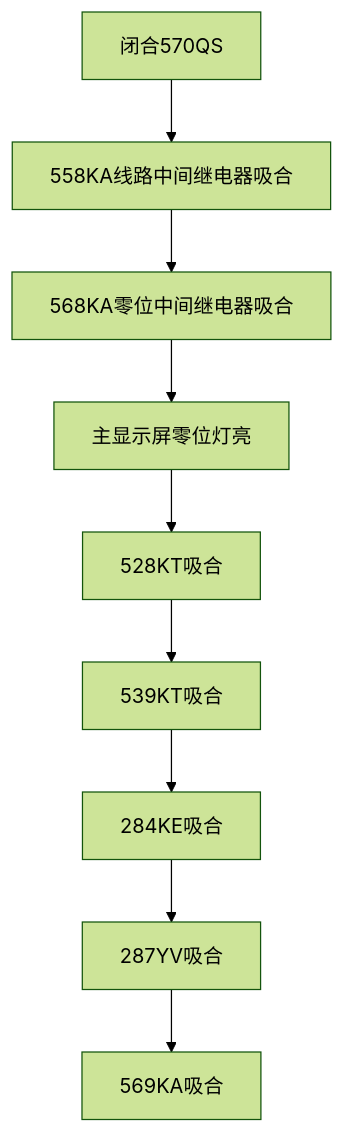
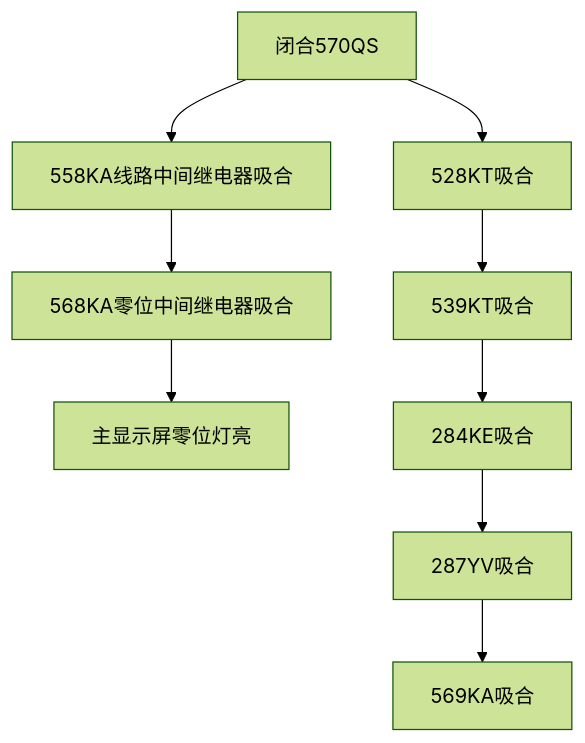
The third of 10 diagrams in 2026实训/低压试验 0907-0924/低压试验笔记.md (cjy0812/23school-note), drawn with Mermaid (forest theme) before and after one commit. The commit also changed other lines of this file, not shown here.

First line of the commit message:
fix: 低压实验-流程图走向错误

````diff
--- a/2026实训/低压试验 0907-0924/低压试验笔记.md
+++ b/2026实训/低压试验 0907-0924/低压试验笔记.md
@@ -66,12 +66,12 @@
 ```mermaid
 flowchart TD
 A[闭合570QS] --> B[558KA线路中间继电器吸合]
 B --> C[568KA零位中间继电器吸合]
 C --> D[主显示屏零位灯亮]
 
-D --> E[528KT吸合]
+A --> E[528KT吸合]
 E --> F[539KT吸合]
 F --> G[284KE吸合]
 G --> H[287YV吸合]
 H --> I[569KA吸合]
 ```
````
